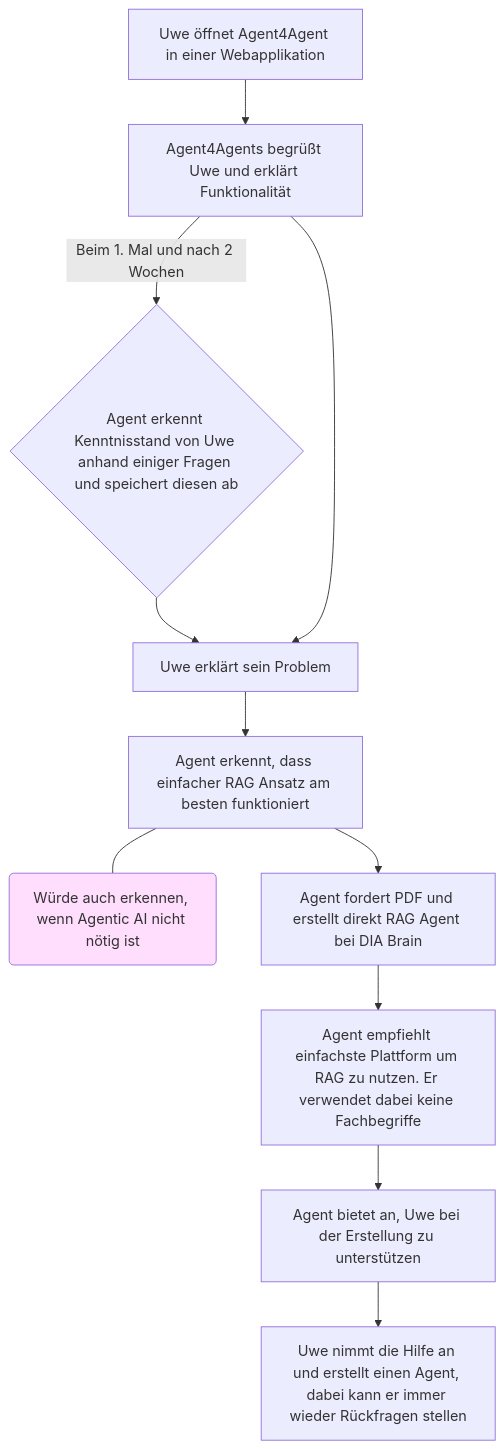
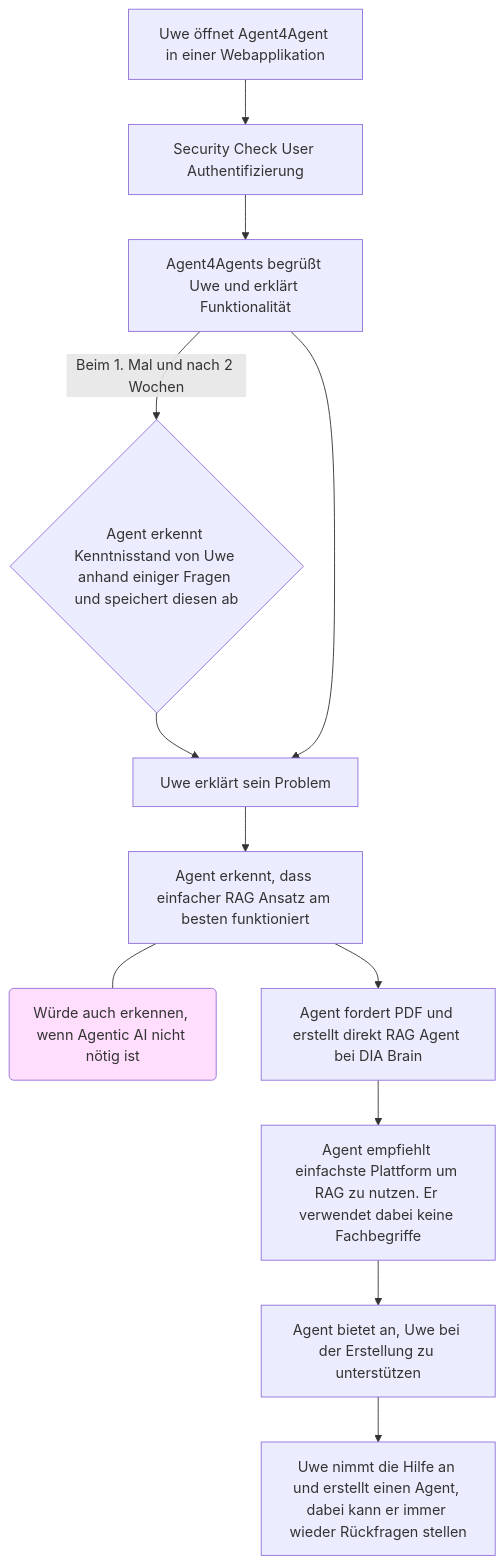
One commit to agentic-ai-ws2526-group-c/agent4agents-documentation changed the first of 4 diagrams in Ideation/User Personas and UseCases.md. Above: the diagram before and after it, drawn with Mermaid. The commit also changed other lines of this file, not shown here.

First line of the commit message:
Docs: Added security check (#24)

````diff
--- a/Ideation/User Personas and UseCases.md
+++ b/Ideation/User Personas and UseCases.md
@@ -25,14 +25,15 @@
 ```mermaid
 graph TD
-    A[Uwe öffnet Agent4Agent in einer Webapplikation] --> B[Agent4Agents begrüßt Uwe und erklärt Funktionalität];
+    A[Uwe öffnet Agent4Agent in einer Webapplikation] --> SC[Security Check User Authentifizierung];
+    SC --> B[Agent4Agents begrüßt Uwe und erklärt Funktionalität];
     B -- ""Beim 1. Mal und nach 2 Wochen"" --> C{Agent erkennt Kenntnisstand von Uwe anhand einiger Fragen und speichert diesen ab};
     C --> D[Uwe erklärt sein Problem];
     B --> D;
     D --> E[Agent erkennt, dass einfacher RAG Ansatz am besten funktioniert];
     E --- F(Würde auch erkennen, wenn Agentic AI nicht nötig ist);
     E --> G[Agent fordert PDF und erstellt direkt RAG Agent bei DIA Brain];
     G --> H[Agent empfiehlt einfachste Plattform um RAG zu nutzen. Er verwendet dabei keine Fachbegriffe];
     H --> I[Agent bietet an, Uwe bei der Erstellung zu unterstützen];
     I --> J[Uwe nimmt die Hilfe an und erstellt einen Agent, dabei kann er immer wieder Rückfragen stellen];
     style F fill:#FFDDFD
 ```
````
